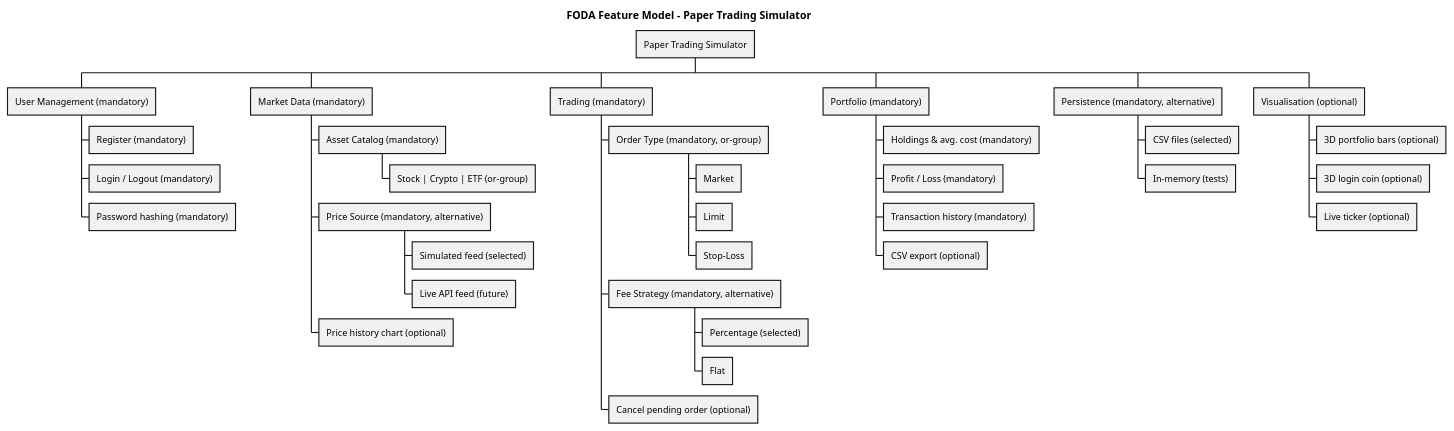
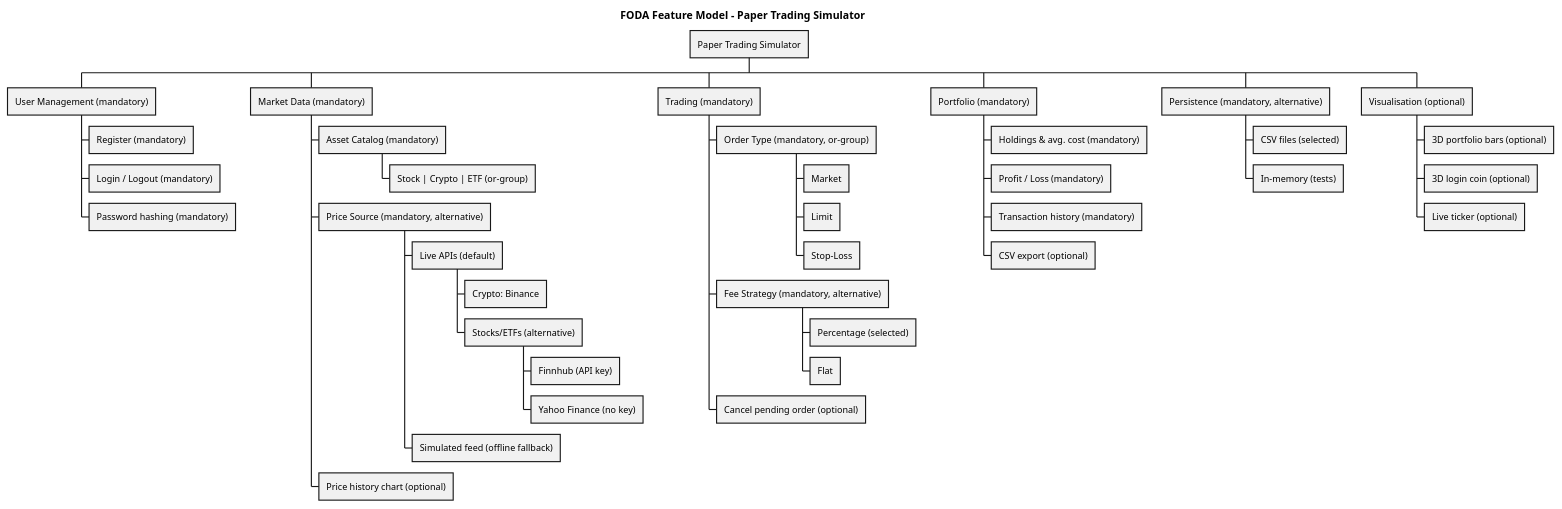
One commit to Aarav471471/Finance-paper-trading-simulator changed the diagram in docs/uml/feature-model.puml. Above: the diagram before and after it, drawn with PlantUML. The commit also changed 11 other files, not shown here.

First line of the commit message:
Spiral loop 5: update SRS, UML and docs for real market data

```diff
--- a/docs/uml/feature-model.puml
+++ b/docs/uml/feature-model.puml
@@ -1,36 +1,40 @@
 @startwbs feature-model
 title FODA Feature Model - Paper Trading Simulator
 * Paper Trading Simulator
 ** User Management (mandatory)
 *** Register (mandatory)
 *** Login / Logout (mandatory)
 *** Password hashing (mandatory)
 ** Market Data (mandatory)
 *** Asset Catalog (mandatory)
 **** Stock | Crypto | ETF (or-group)
 *** Price Source (mandatory, alternative)
-**** Simulated feed (selected)
-**** Live API feed (future)
+**** Live APIs (default)
+***** Crypto: Binance
+***** Stocks/ETFs (alternative)
+****** Finnhub (API key)
+****** Yahoo Finance (no key)
+**** Simulated feed (offline fallback)
 *** Price history chart (optional)
 ** Trading (mandatory)
 *** Order Type (mandatory, or-group)
 **** Market
 **** Limit
 **** Stop-Loss
 *** Fee Strategy (mandatory, alternative)
 **** Percentage (selected)
 **** Flat
 *** Cancel pending order (optional)
 ** Portfolio (mandatory)
 *** Holdings & avg. cost (mandatory)
 *** Profit / Loss (mandatory)
 *** Transaction history (mandatory)
 *** CSV export (optional)
 ** Persistence (mandatory, alternative)
 *** CSV files (selected)
 *** In-memory (tests)
 ** Visualisation (optional)
 *** 3D portfolio bars (optional)
 *** 3D login coin (optional)
 *** Live ticker (optional)
 @endwbs
```
